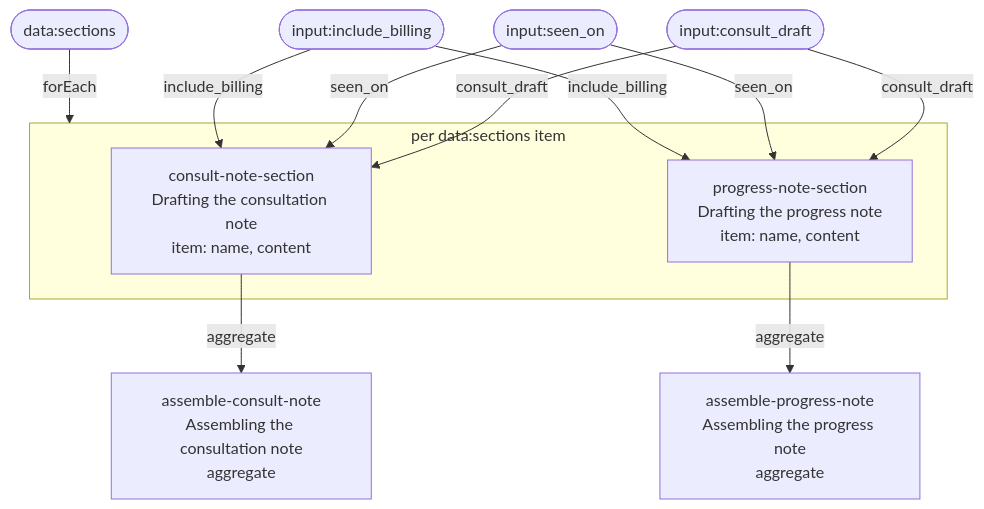
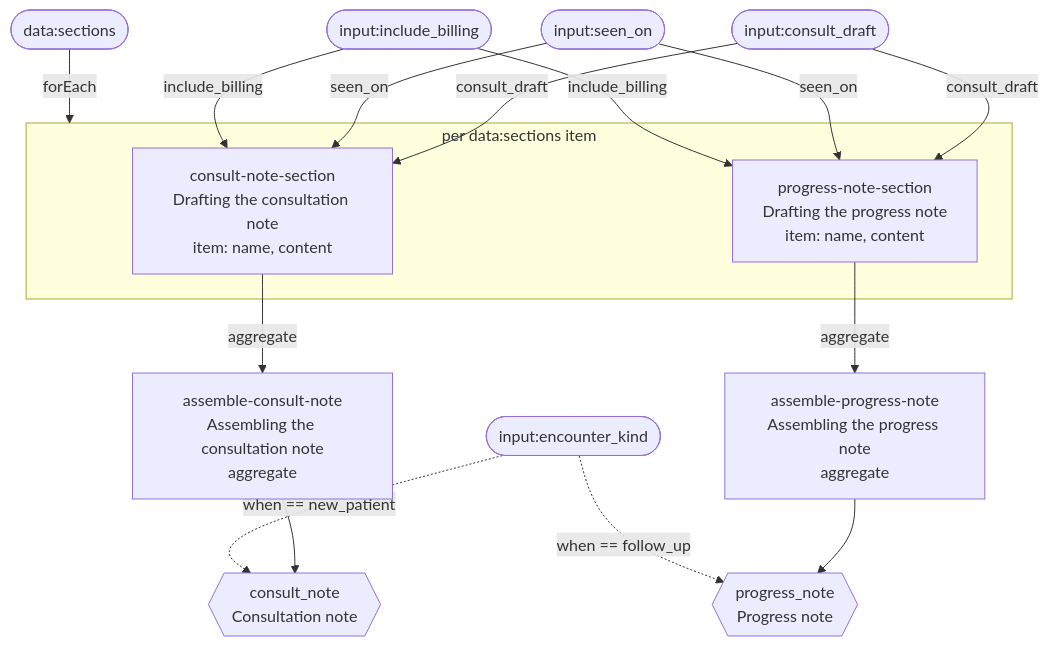
One commit to Consultologist/consultologist-workflows changed the diagram in packages/example-conditional-documents/dag.mmd. Above: the diagram before and after it, drawn with Mermaid. The commit also changed 2 other files, not shown here.

Commit message:
Regenerate every diagram against the deliverable-aware generator
Each package now shows what it produces, and example-conditional-documents
shows what makes each of its two deliverables fire.

example-two-documents' diagram was also stale before this: specialty and
note_type were declared and bound in two later commits without
regenerating, so its checked-in diagram has been missing both sources and
six edges. Nothing diffs dag.mmd against its manifest.

```diff
--- a/packages/example-conditional-documents/dag.mmd
+++ b/packages/example-conditional-documents/dag.mmd
@@ -1,22 +1,30 @@
 flowchart TD
     input_consult_draft(["input:consult_draft"])
     input_seen_on(["input:seen_on"])
     input_include_billing(["input:include_billing"])
     data_sections(["data:sections"])
+    input_encounter_kind(["input:encounter_kind"])
 
     assemble_consult_note["assemble-consult-note<br/>Assembling the consultation note<br/>aggregate"]
     consult_note_section -->|"aggregate"| assemble_consult_note
     assemble_progress_note["assemble-progress-note<br/>Assembling the progress note<br/>aggregate"]
     progress_note_section -->|"aggregate"| assemble_progress_note
 
     data_sections -->|"forEach"| foreach_data_sections
     subgraph foreach_data_sections["per data:sections item"]
         consult_note_section["consult-note-section<br/>Drafting the consultation note<br/>item: name, content"]
         progress_note_section["progress-note-section<br/>Drafting the progress note<br/>item: name, content"]
     end
     input_consult_draft -->|"consult_draft"| consult_note_section
     input_seen_on -->|"seen_on"| consult_note_section
     input_include_billing -->|"include_billing"| consult_note_section
     input_consult_draft -->|"consult_draft"| progress_note_section
     input_seen_on -->|"seen_on"| progress_note_section
     input_include_billing -->|"include_billing"| progress_note_section
+
+    result_consult_note{{"consult_note<br/>Consultation note"}}
+    assemble_consult_note --> result_consult_note
+    input_encounter_kind -.->|"when == new_patient"| result_consult_note
+    result_progress_note{{"progress_note<br/>Progress note"}}
+    assemble_progress_note --> result_progress_note
+    input_encounter_kind -.->|"when == follow_up"| result_progress_note
```
